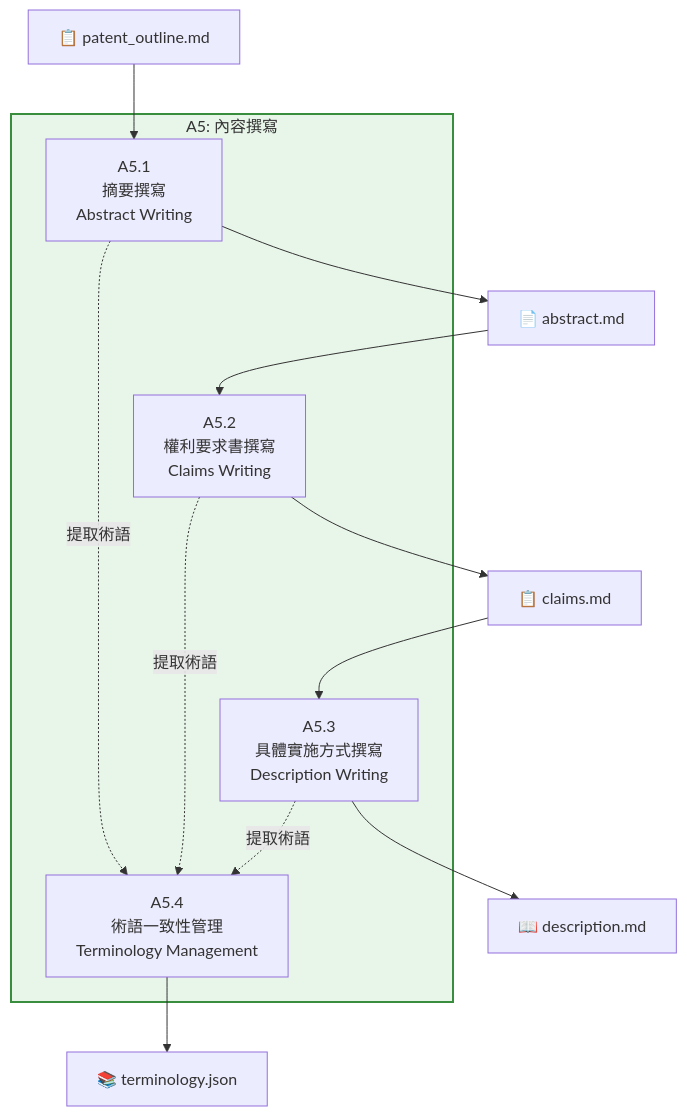
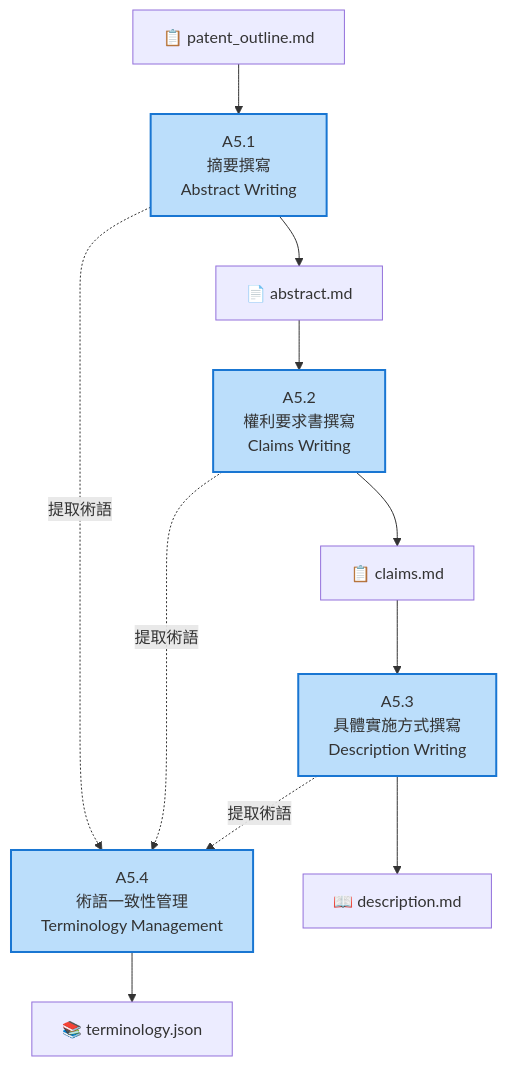
The second of 2 diagrams in docs/A5_Content_Writing_IDEF0.md (Raw1mage/PatentDrafter), drawn with Mermaid before and after one commit. The commit also changed other lines of this file and 13 other files, not shown here.

First line of the commit message:
修復所有 Mermaid 圖表語法問題

````diff
--- a/docs/A5_Content_Writing_IDEF0.md
+++ b/docs/A5_Content_Writing_IDEF0.md
@@ -71,25 +62,26 @@
 ```mermaid
-graph TB
-    subgraph A5["A5: 內容撰寫"]
-        A51["A5.1<br/>摘要撰寫<br/>Abstract Writing"]
-        A52["A5.2<br/>權利要求書撰寫<br/>Claims Writing"]
-        A53["A5.3<br/>具體實施方式撰寫<br/>Description Writing"]
-        A54["A5.4<br/>術語一致性管理<br/>Terminology Management"]
-    end
+flowchart TB
+    A51["A5.1<br/>摘要撰寫<br/>Abstract Writing"]
+    A52["A5.2<br/>權利要求書撰寫<br/>Claims Writing"]
+    A53["A5.3<br/>具體實施方式撰寫<br/>Description Writing"]
+    A54["A5.4<br/>術語一致性管理<br/>Terminology Management"]
 
     Input["📋 patent_outline.md"] --> A51
     A51 --> AbstractDoc["📄 abstract.md"]
 
     AbstractDoc --> A52
     A52 --> ClaimsDoc["📋 claims.md"]
 
     ClaimsDoc --> A53
     A53 --> DescDoc["📖 description.md"]
 
     A51 -.提取術語.-> A54
     A52 -.提取術語.-> A54
     A53 -.提取術語.-> A54
     A54 --> TermDict["📚 terminology.json"]
 
-    style A5 fill:#E8F5E9,stroke:#388E3C,stroke-width:2px
+    style A51 fill:#BBDEFB,stroke:#1976D2,stroke-width:2px
+    style A52 fill:#BBDEFB,stroke:#1976D2,stroke-width:2px
+    style A53 fill:#BBDEFB,stroke:#1976D2,stroke-width:2px
+    style A54 fill:#BBDEFB,stroke:#1976D2,stroke-width:2px
 ```
````
